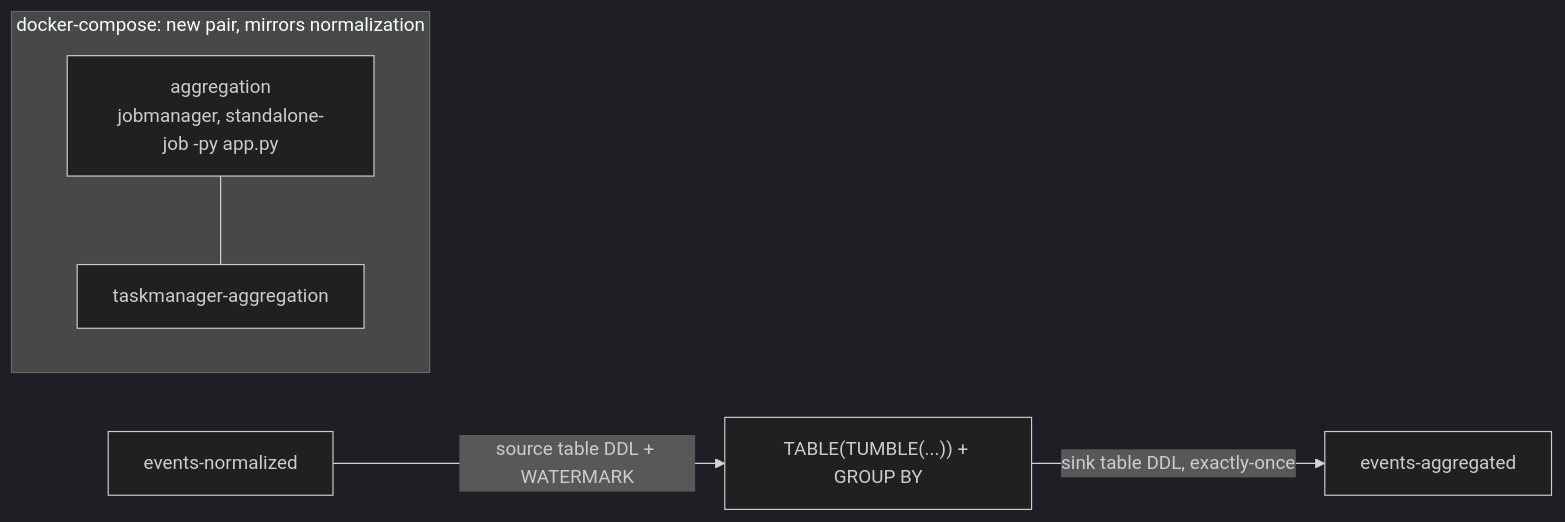
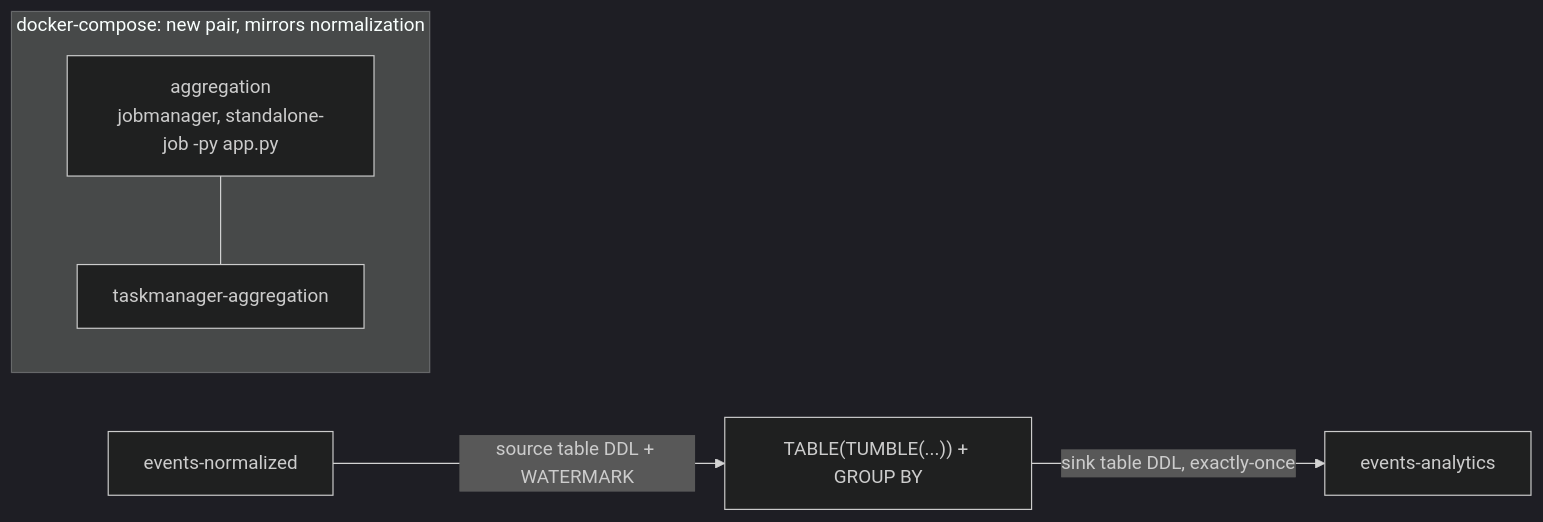
Before and after one commit to Matheus-Homem/streaming-project: the diagram in .specs/features/flink-aggregation/design.md, drawn with Mermaid (dark theme). The commit also changed other lines of this file and 1 other file, not shown here.

Commit message:
feat: update documentation to reflect renaming of events-aggregated to events-analytics

````diff
--- a/.specs/features/flink-aggregation/design.md
+++ b/.specs/features/flink-aggregation/design.md
@@ -14,9 +14,9 @@
 ```mermaid
 graph LR
     A[events-normalized] -->|source table DDL + WATERMARK| B["TABLE(TUMBLE(...)) + GROUP BY"]
-    B -->|sink table DDL, exactly-once| C[events-aggregated]
+    B -->|sink table DDL, exactly-once| C[events-analytics]
 
     subgraph "docker-compose: new pair, mirrors normalization"
     D[aggregation<br/>jobmanager, standalone-job -py app.py] --- E[taskmanager-aggregation]
     end
 ```
````
